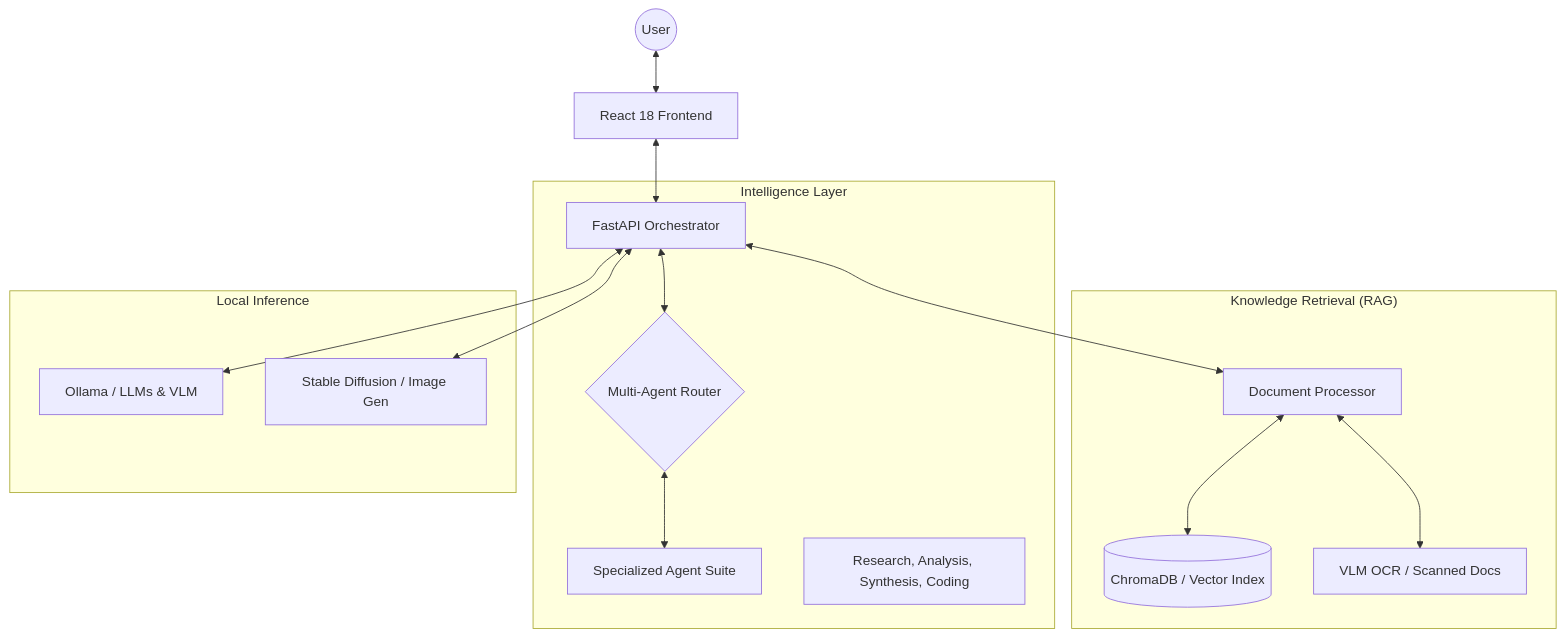
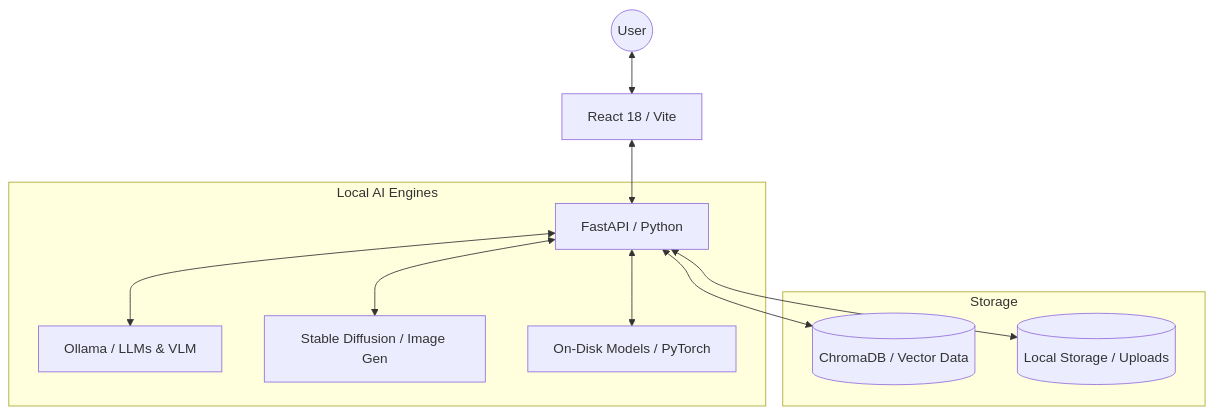
Before and after one commit to AR118luv/ai_brain-main: the diagram in README.md, drawn with Mermaid. The commit also changed other lines of this file, not shown here.

Commit message:
docs: update README and remove documentation & research section

````diff
--- a/README.md
+++ b/README.md
@@ -30,22 +48,16 @@
 ```mermaid
 graph TD
-    User((User)) <--> UI[React 18 Frontend]
-    UI <--> API[FastAPI Orchestrator]
+    User((User)) <--> Frontend[React 18 / Vite]
+    Frontend <--> Backend[FastAPI / Python]
     
-    subgraph "Intelligence Layer"
-        API <--> Router{Multi-Agent Router}
-        Router <--> Agents[Specialized Agent Suite]
-        note1[Research, Analysis, Synthesis, Coding]
+    subgraph "Local AI Engines"
+        Backend <--> Ollama[Ollama / LLMs & VLM]
+        Backend <--> SD[Stable Diffusion / Image Gen]
+        Backend <--> Models[On-Disk Models / PyTorch]
     end
     
-    subgraph "Knowledge Retrieval (RAG)"
-        API <--> Proc[Document Processor]
-        Proc <--> ChromaDB[(ChromaDB / Vector Index)]
-        Proc <--> Scanned[VLM OCR / Scanned Docs]
-    end
-    
-    subgraph "Local Inference"
-        API <--> Ollama[Ollama / LLMs & VLM]
-        API <--> SD[Stable Diffusion / Image Gen]
+    subgraph "Storage"
+        Backend <--> ChromaDB[(ChromaDB / Vector Data)]
+        Backend <--> FileSystem[(Local Storage / Uploads)]
     end
 ```
````
